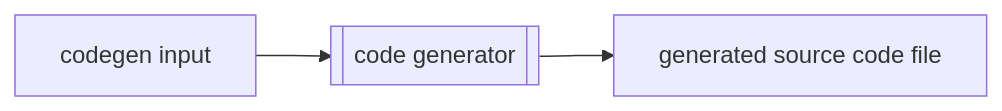
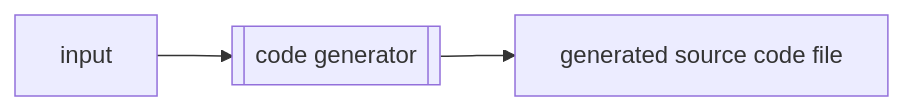
Before and after one commit to omnibor/site: the ninth of 9 diagrams in content/glossary/build_tool.md, drawn with Mermaid. The commit also changed other lines of this file, not shown here.

````diff
--- a/content/glossary/build_tool.md
+++ b/content/glossary/build_tool.md
@@ -72,4 +72,4 @@
 ```mermaid
 flowchart LR
-    codegeninput[codegen input] --> codegenerator[[code generator]] --> generatedsrc[generated source code file]
+    input[input] --> codegenerator[[code generator]] --> generatedsrc[generated source code file]
 ```
````
